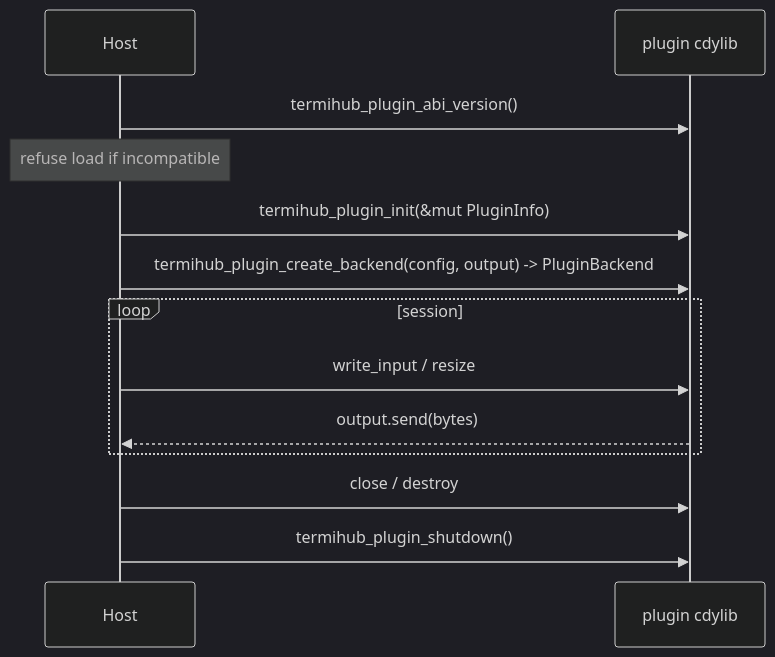
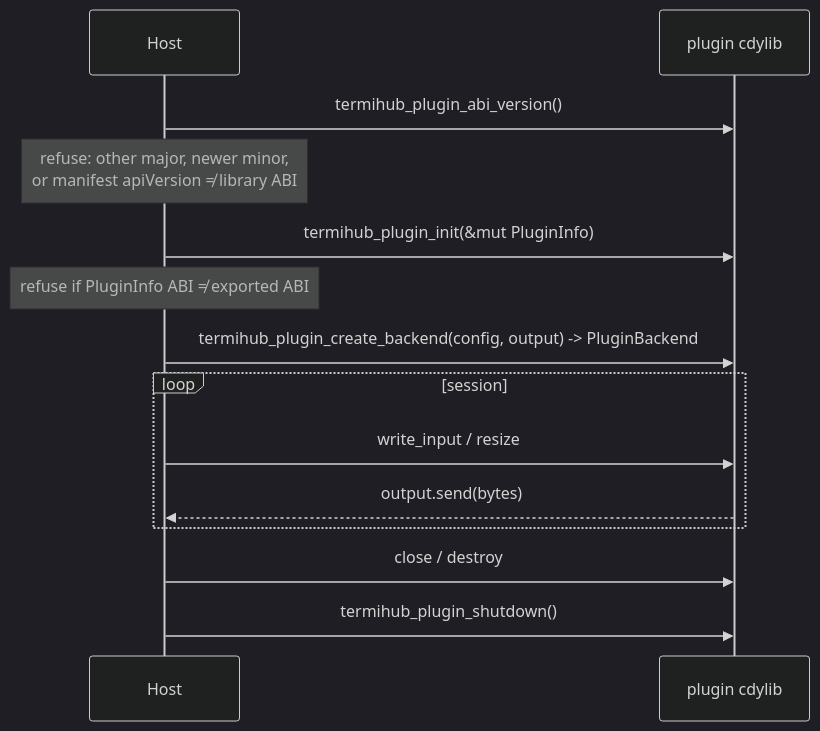
Before and after one commit to armaxri/termiHub: the second of 4 diagrams in docs/plugin-authoring.md, drawn with Mermaid (dark theme). The commit also changed other lines of this file and 3 other files, not shown here.

First line of the commit message:
docs(plugin): document the frozen abi 1.0 and the internal-only sdk

````diff
--- a/docs/plugin-authoring.md
+++ b/docs/plugin-authoring.md
@@ -252,15 +265,16 @@
 ```mermaid
 sequenceDiagram
     participant Host
     participant Lib as plugin cdylib
     Host->>Lib: termihub_plugin_abi_version()
-    Note over Host: refuse load if incompatible
+    Note over Host: refuse: other major, newer minor,<br/>or manifest apiVersion ≠ library ABI
     Host->>Lib: termihub_plugin_init(&mut PluginInfo)
+    Note over Host: refuse if PluginInfo ABI ≠ exported ABI
     Host->>Lib: termihub_plugin_create_backend(config, output) -> PluginBackend
     loop session
         Host->>Lib: write_input / resize
         Lib-->>Host: output.send(bytes)
     end
     Host->>Lib: close / destroy
     Host->>Lib: termihub_plugin_shutdown()
 ```
````
